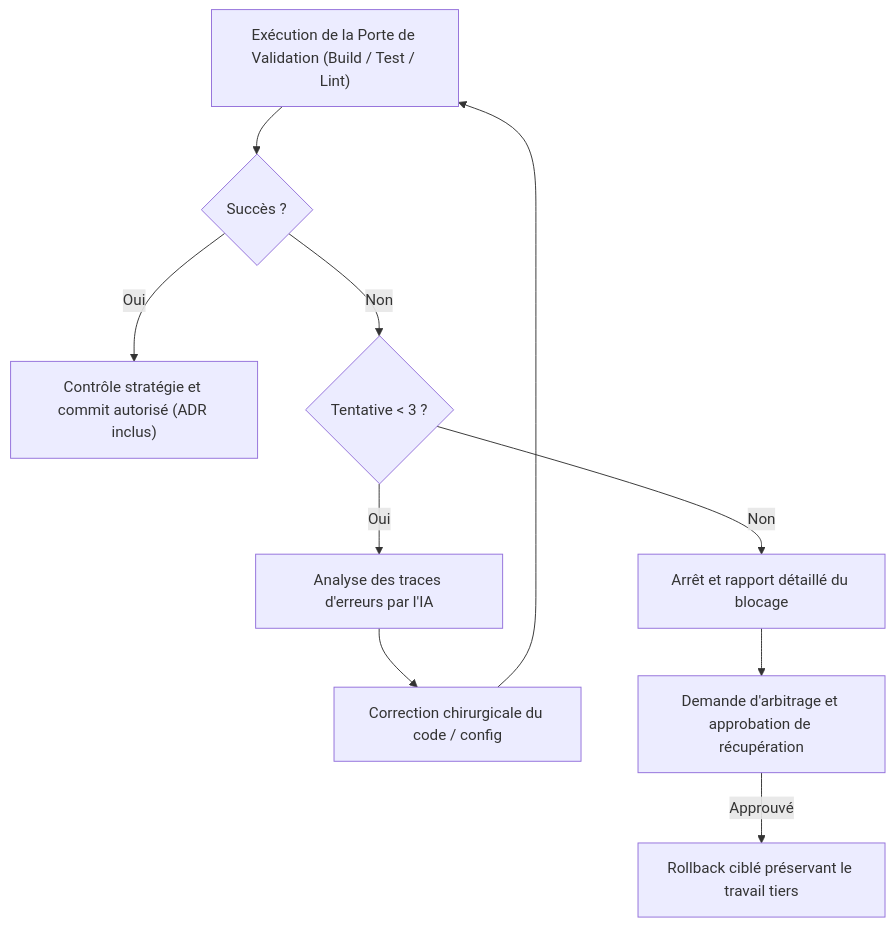
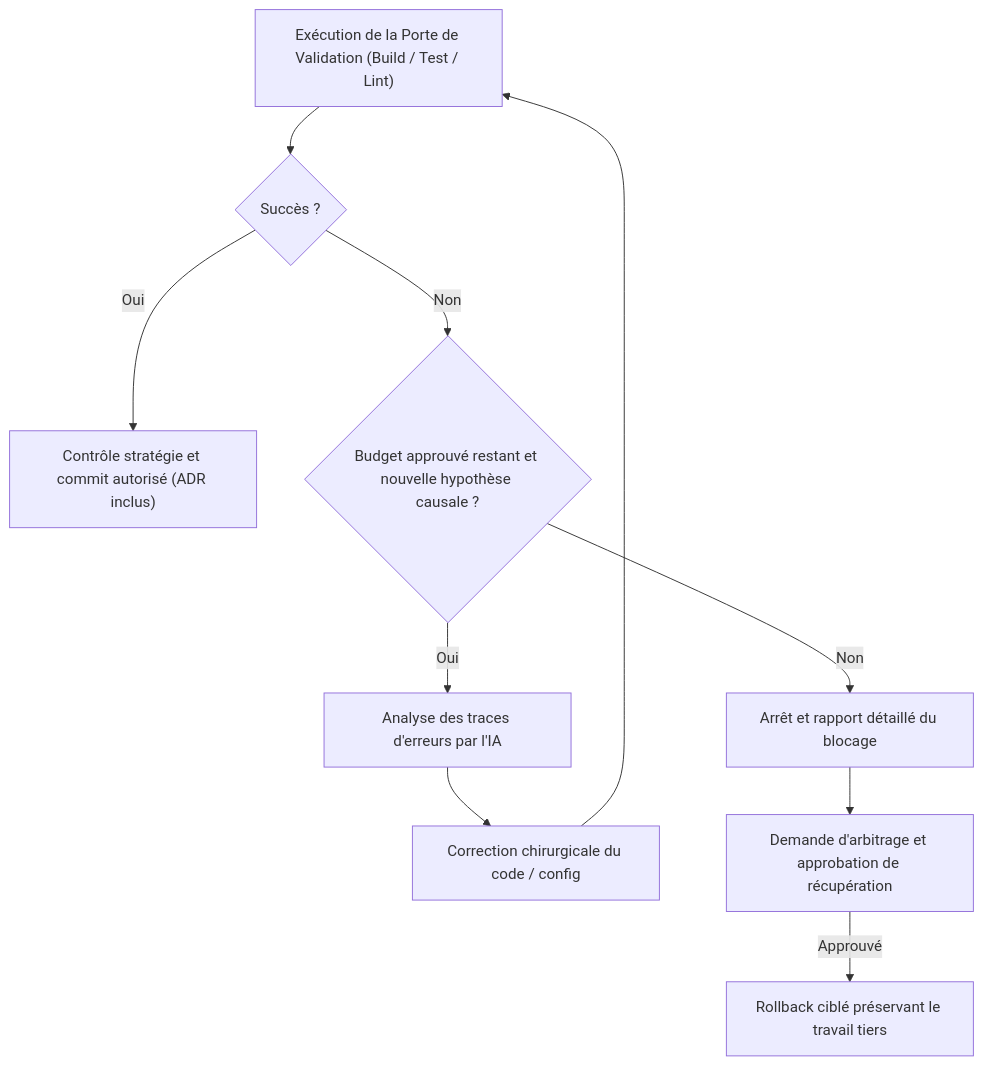
The diagram in skills/repo-modernizer-acrazie/references/execution-protocol.md (Acrazie/skills), drawn with Mermaid before and after one commit. The commit also changed other lines of this file and 111 other files, not shown here.

````diff
--- a/skills/repo-modernizer-acrazie/references/execution-protocol.md
+++ b/skills/repo-modernizer-acrazie/references/execution-protocol.md
@@ -100,12 +102,12 @@
 ```mermaid
 flowchart TD
     RunGate["Exécution de la Porte de Validation (Build / Test / Lint)"] --> Check{"Succès ?"}
     Check -- Oui --> Commit["Contrôle stratégie et commit autorisé (ADR inclus)"]
-    Check -- Non --> Loop{"Tentative < 3 ?"}
+    Check -- Non --> Loop{"Budget approuvé restant et nouvelle hypothèse causale ?"}
     Loop -- Oui --> Analyze["Analyse des traces d'erreurs par l'IA"]
     Analyze --> Patch["Correction chirurgicale du code / config"]
     Patch --> RunGate
     Loop -- Non --> Report["Arrêt et rapport détaillé du blocage"]
     Report --> Arbitrate["Demande d'arbitrage et approbation de récupération"]
     Arbitrate -- Approuvé --> Rollback["Rollback ciblé préservant le travail tiers"]
 ```
````
